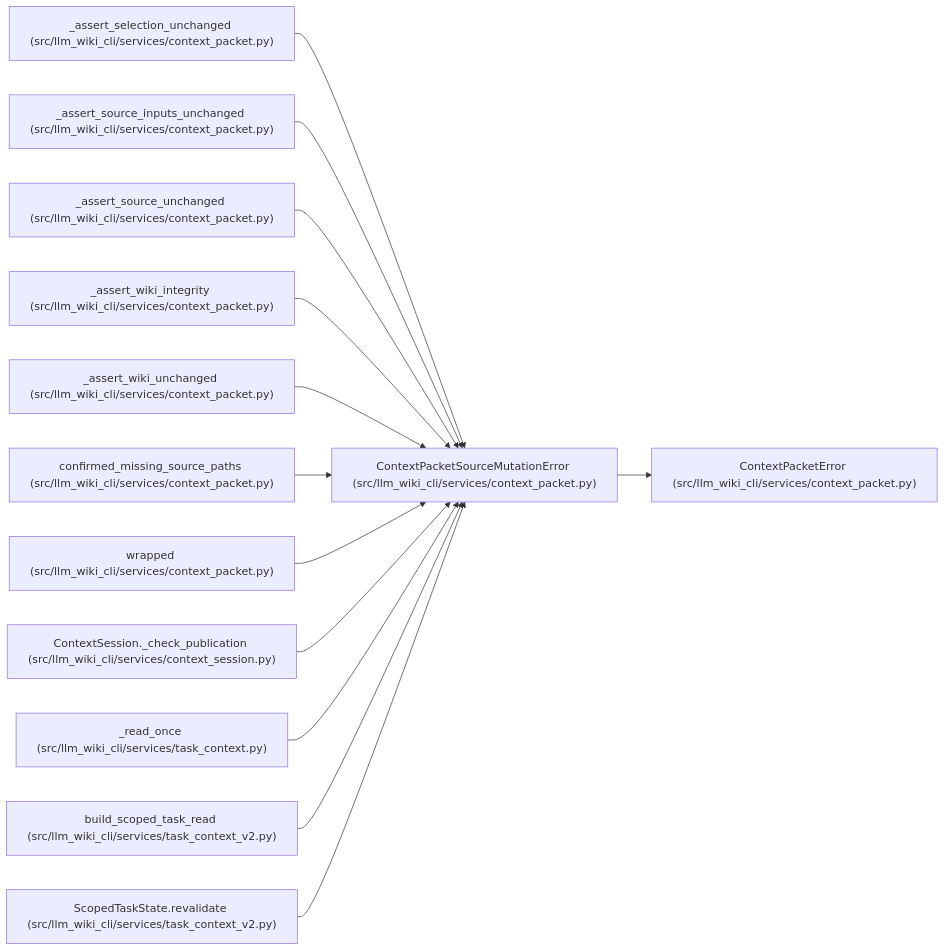
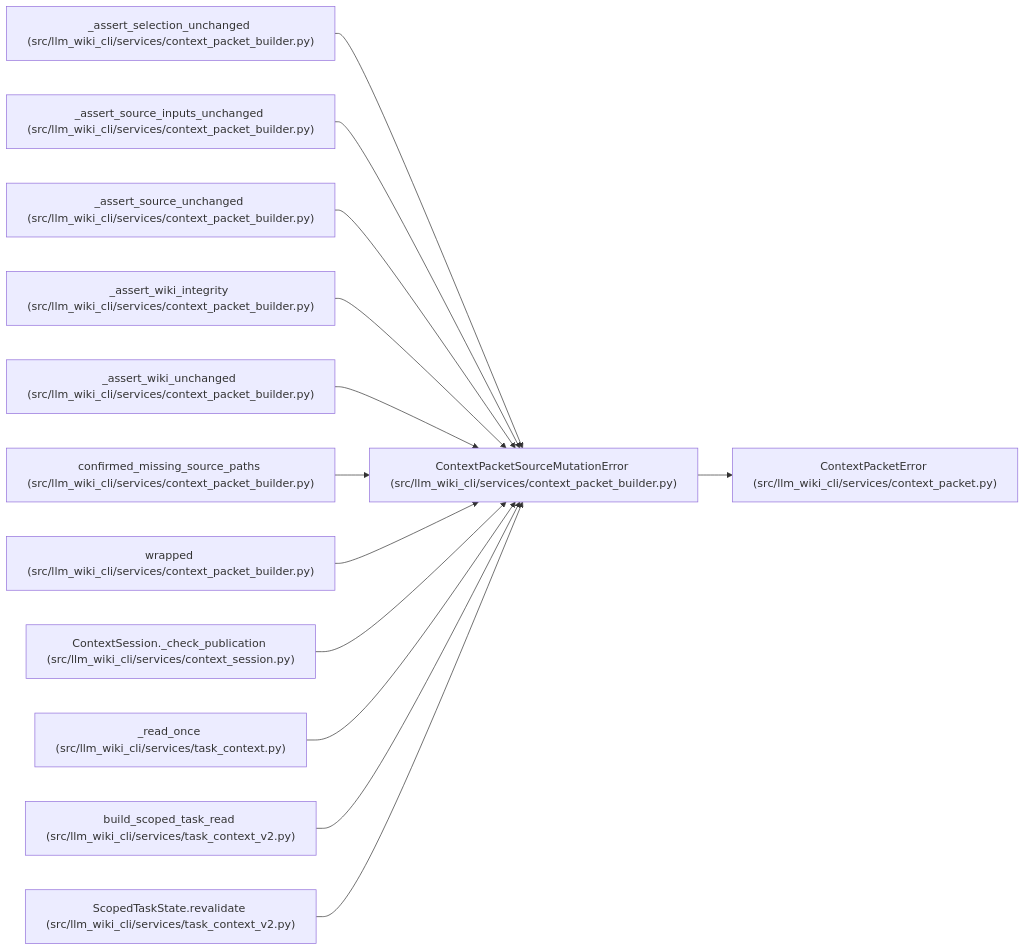
Before and after one commit to Denissvgn/python-wiki-llm: the diagram in docs/llm_wiki/entities/ContextPacketSourceMutationError.md, drawn with Mermaid. The commit also changed other lines of this file and 1555 other files, not shown here.

````diff
--- a/docs/llm_wiki/entities/ContextPacketSourceMutationError.md
+++ b/docs/llm_wiki/entities/ContextPacketSourceMutationError.md
@@ -25,41 +25,41 @@
 ```mermaid
 flowchart LR
-    n0["ContextPacketSourceMutationError (src/llm_wiki_cli/services/context_packet.py)"]
+    n0["ContextPacketSourceMutationError (src/llm_wiki_cli/services/context_packet_builder.py)"]
     n1["ContextPacketError (src/llm_wiki_cli/services/context_packet.py)"]
-    n2["_assert_selection_unchanged (src/llm_wiki_cli/services/context_packet.py)"]
-    n3["_assert_source_inputs_unchanged (src/llm_wiki_cli/services/context_packet.py)"]
-    n4["_assert_source_unchanged (src/llm_wiki_cli/services/context_packet.py)"]
-    n5["_assert_wiki_integrity (src/llm_wiki_cli/services/context_packet.py)"]
-    n6["_assert_wiki_unchanged (src/llm_wiki_cli/services/context_packet.py)"]
-    n7["confirmed_missing_source_paths (src/llm_wiki_cli/services/context_packet.py)"]
-    n8["wrapped (src/llm_wiki_cli/services/context_packet.py)"]
+    n2["_assert_selection_unchanged (src/llm_wiki_cli/services/context_packet_builder.py)"]
+    n3["_assert_source_inputs_unchanged (src/llm_wiki_cli/services/context_packet_builder.py)"]
+    n4["_assert_source_unchanged (src/llm_wiki_cli/services/context_packet_builder.py)"]
+    n5["_assert_wiki_integrity (src/llm_wiki_cli/services/context_packet_builder.py)"]
+    n6["_assert_wiki_unchanged (src/llm_wiki_cli/services/context_packet_builder.py)"]
+    n7["confirmed_missing_source_paths (src/llm_wiki_cli/services/context_packet_builder.py)"]
+    n8["wrapped (src/llm_wiki_cli/services/context_packet_builder.py)"]
     n9["ContextSession._check_publication (src/llm_wiki_cli/services/context_session.py)"]
     n10["_read_once (src/llm_wiki_cli/services/task_context.py)"]
     n11["build_scoped_task_read (src/llm_wiki_cli/services/task_context_v2.py)"]
     n12["ScopedTaskState.revalidate (src/llm_wiki_cli/services/task_context_v2.py)"]
     n0 --> n1
     n2 --> n0
     n3 --> n0
     n4 --> n0
     n5 --> n0
     n6 --> n0
     n7 --> n0
     n8 --> n0
     n9 --> n0
     n10 --> n0
     n11 --> n0
     n12 --> n0
-    click n0 "../modules/context_packet.md"
+    click n0 "../modules/context_packet_builder.md"
     click n1 "../modules/context_packet.md"
-    click n2 "../modules/context_packet.md"
-    click n3 "../modules/context_packet.md"
-    click n4 "../modules/context_packet.md"
-    click n5 "../modules/context_packet.md"
-    click n6 "../modules/context_packet.md"
-    click n7 "../modules/context_packet.md"
-    click n8 "../modules/context_packet.md"
+    click n2 "../modules/context_packet_builder.md"
+    click n3 "../modules/context_packet_builder.md"
+    click n4 "../modules/context_packet_builder.md"
+    click n5 "../modules/context_packet_builder.md"
+    click n6 "../modules/context_packet_builder.md"
+    click n7 "../modules/context_packet_builder.md"
+    click n8 "../modules/context_packet_builder.md"
     click n9 "../modules/context_session.md"
     click n10 "../modules/task_context.md"
     click n11 "../modules/task_context_v2.md"
     click n12 "../modules/task_context_v2.md"
 ```
````
